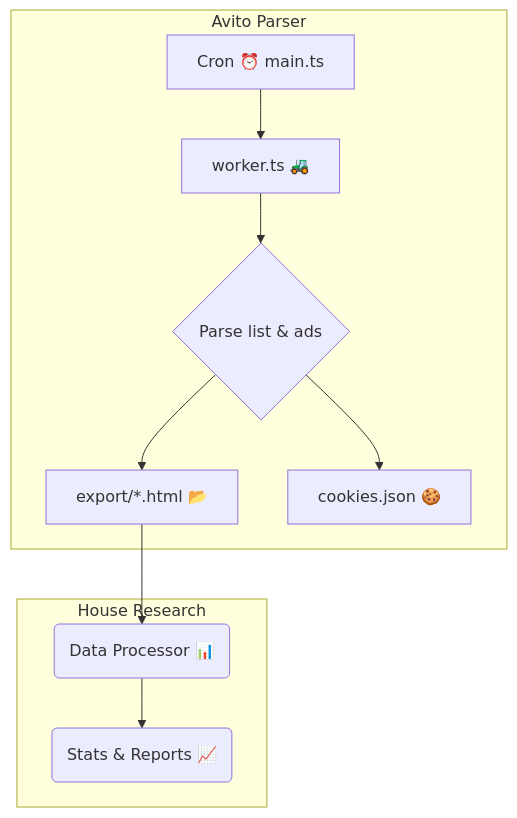
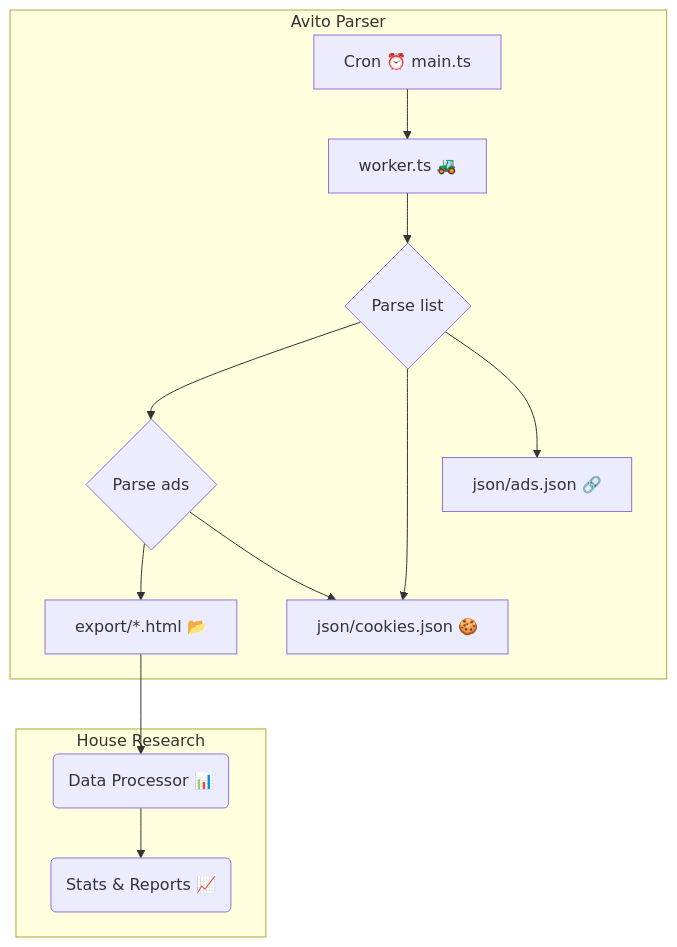
Before and after one commit to zxcnoname666/House-Research: the diagram in README.md, drawn with Mermaid. The commit also changed other lines of this file, not shown here.

````diff
--- a/README.md
+++ b/README.md
@@ -25,14 +25,17 @@
 ```mermaid
 flowchart TD
     subgraph Avito Parser
         A[Cron ⏰  main.ts] --> B[worker.ts 🚜]
-        B --> C{Parse list & ads}
-        C --> D[export/*.html 📂]
-        C --> E[cookies.json 🍪]
+        B --> C{Parse list}
+        C --> D{Parse ads}
+        D --> E[export/*.html 📂]
+        C --> F[json/cookies.json 🍪]
+        D --> F[json/cookies.json 🍪]
+        C --> J[json/ads.json 🔗]
     end
 
     subgraph House Research
-        D --> F(Data Processor 📊)
-        F --> G(Stats & Reports 📈)
+        E --> G(Data Processor 📊)
+        G --> H(Stats & Reports 📈)
     end
 ```
````
